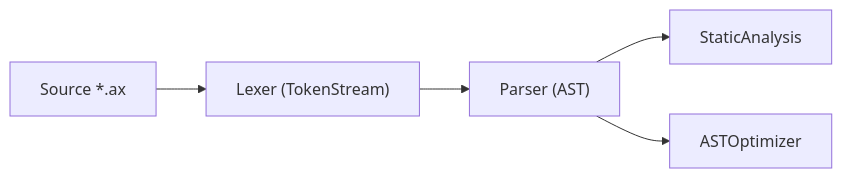
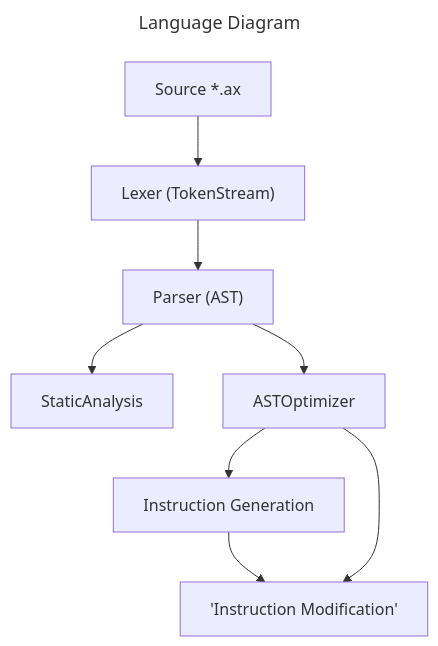
Before and after one commit to u64lisa/axiol-language: the diagram in README.MD, drawn with Mermaid.

````diff
--- a/README.MD
+++ b/README.MD
@@ -15,12 +15,20 @@
 ```mermaid
-graph LR;
+---
+title: Language Diagram
+---
+graph TD;
     source["Source *.ax"]
     lexer["Lexer (TokenStream)"]
     source --> lexer
     parser["Parser (AST)"]
     lexer --> parser
     analysis["StaticAnalysis"]
     optimising["ASTOptimizer"]
     parser --> analysis
     parser --> optimising    
+    instructionGen["Instruction Generation"]
+    optimising --> instructionGen
+    instructionModification["'Instruction Modification'"]
+    instructionGen --> instructionModification
+    optimising --> instructionModification
 ```
````
